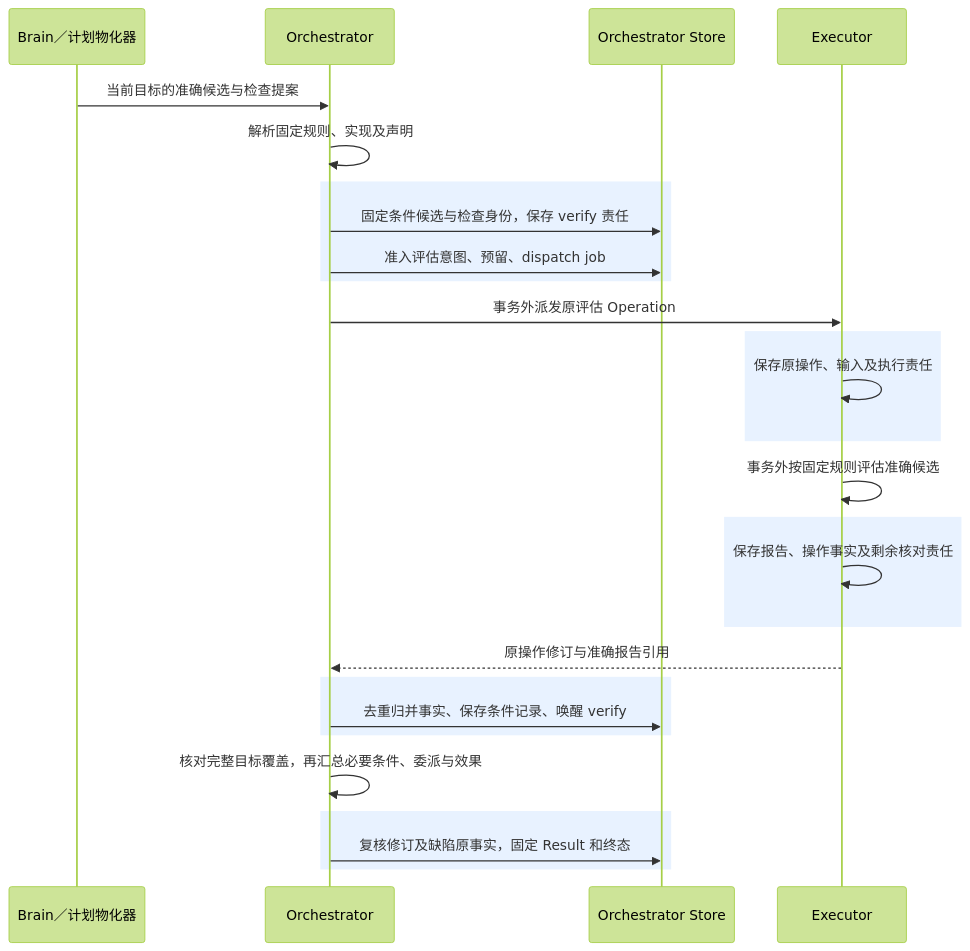
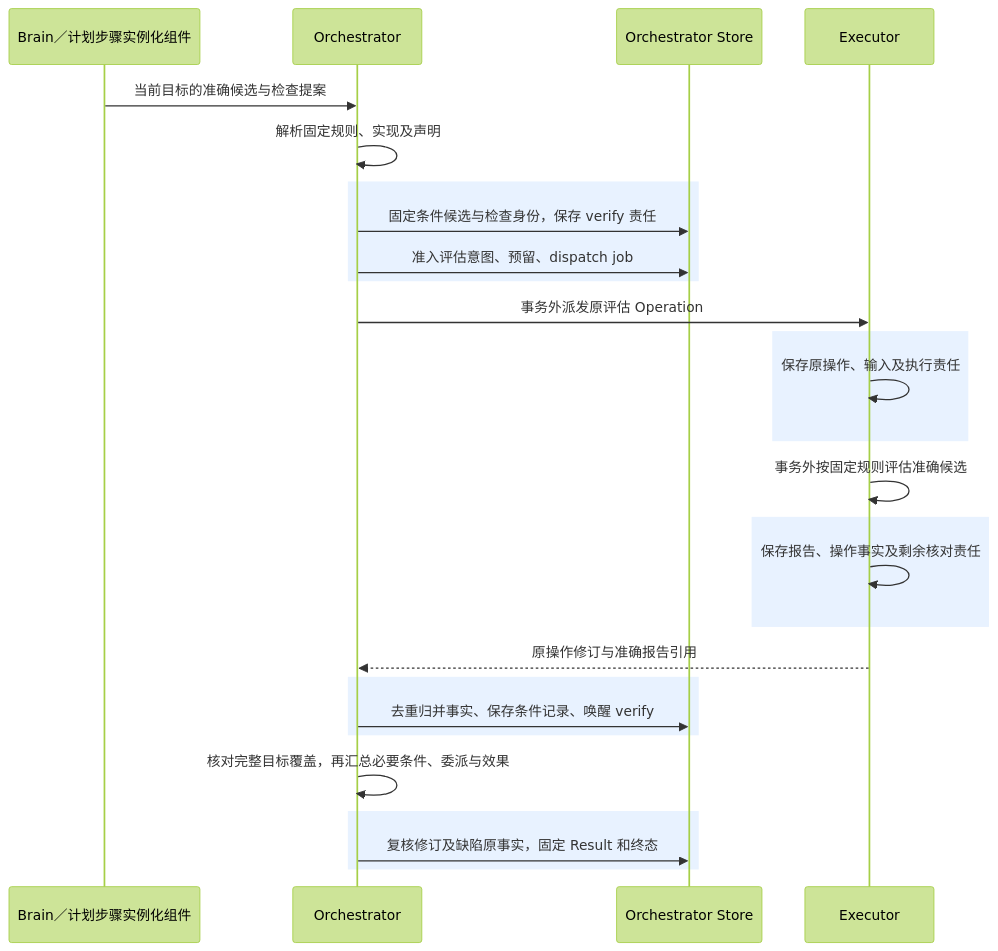
The diagram in docs/architecture/orchestrator/verification.md (ruipengliu/lerna), drawn with Mermaid (forest theme) before and after one commit. The commit also changed other lines of this file and 205 other files, not shown here.

Commit message:
docs: unify architecture terminology

````diff
--- a/docs/architecture/orchestrator/verification.md
+++ b/docs/architecture/orchestrator/verification.md
@@ -58,29 +58,29 @@
 ```mermaid
 sequenceDiagram
-    participant B as Brain／计划物化器
+    participant B as Brain／计划步骤实例化组件
     participant H as Orchestrator
     participant S as Orchestrator Store
     participant E as Executor
     B->>H: 当前目标的准确候选与检查提案
     H->>H: 解析固定规则、实现及声明
     rect rgb(232, 242, 255)
       H->>S: 固定条件候选与检查身份，保存 verify 责任
       H->>S: 准入评估意图、预留、dispatch job
     end
     H->>E: 事务外派发原评估 Operation
     rect rgb(232, 242, 255)
       E->>E: 保存原操作、输入及执行责任
     end
     E->>E: 事务外按固定规则评估准确候选
     rect rgb(232, 242, 255)
       E->>E: 保存报告、操作事实及剩余核对责任
     end
     E-->>H: 原操作修订与准确报告引用
     rect rgb(232, 242, 255)
       H->>S: 去重归并事实、保存条件记录、唤醒 verify
     end
     H->>H: 核对完整目标覆盖，再汇总必要条件、委派与效果
     rect rgb(232, 242, 255)
       H->>S: 复核修订及缺陷原事实，固定 Result 和终态
     end
 ```
````
